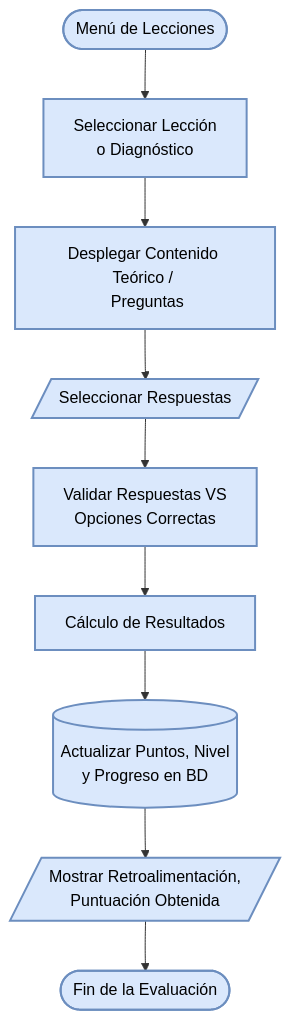
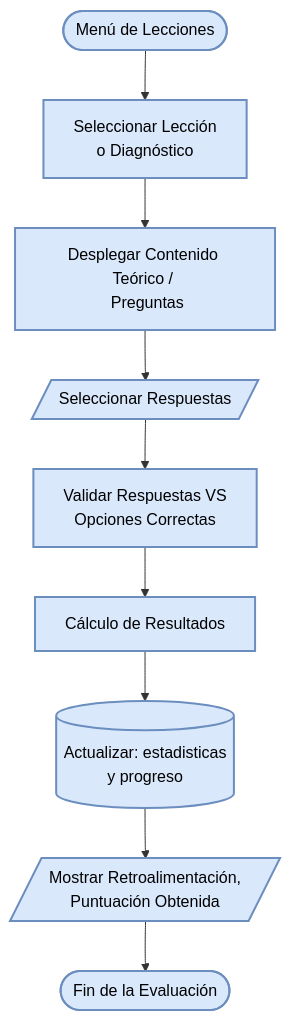
The diagram in docs/dfd_03_aprendizaje_teorico.md (ManuelZunigaDev/debihaby), drawn with Mermaid before and after one commit. The commit also changed 9 other files, not shown here.

Commit message:
docs: DFD and diagrams, and structure BD V2

````diff
--- a/docs/dfd_03_aprendizaje_teorico.md
+++ b/docs/dfd_03_aprendizaje_teorico.md
@@ -5,14 +5,14 @@
 ```mermaid
 flowchart TD
     Inicio([Menú de Lecciones]) --> Seleccionar[Seleccionar Lección <br> o Diagnóstico]
     Seleccionar --> Desplegar[Desplegar Contenido Teórico / <br> Preguntas]
     Desplegar --> Responder[/Seleccionar Respuestas/]
     Responder --> Evaluar[Validar Respuestas VS <br> Opciones Correctas]
     Evaluar --> Calculo[Cálculo de Resultados]
-    Calculo --> BD[(Actualizar Puntos, Nivel <br> y Progreso en BD)]
+    Calculo --> BD[(Actualizar: estadisticas <br> y progreso)]
     BD --> MostrarFeedback[/Mostrar Retroalimentación, <br> Puntuación Obtenida/]
     MostrarFeedback --> Fin([Fin de la Evaluación])
 
     %% Estilo general tipo Visio/DIA
     classDef default fill:#dae8fc,stroke:#6c8ebf,stroke-width:2px,color:#000;
 ```
````
